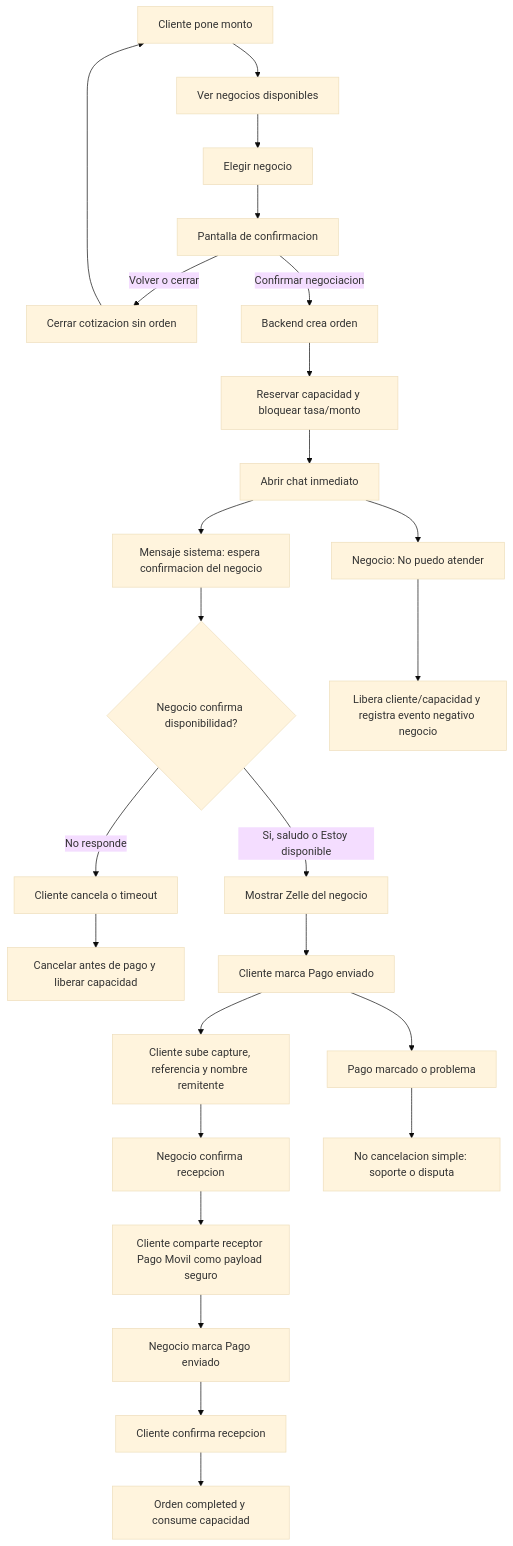
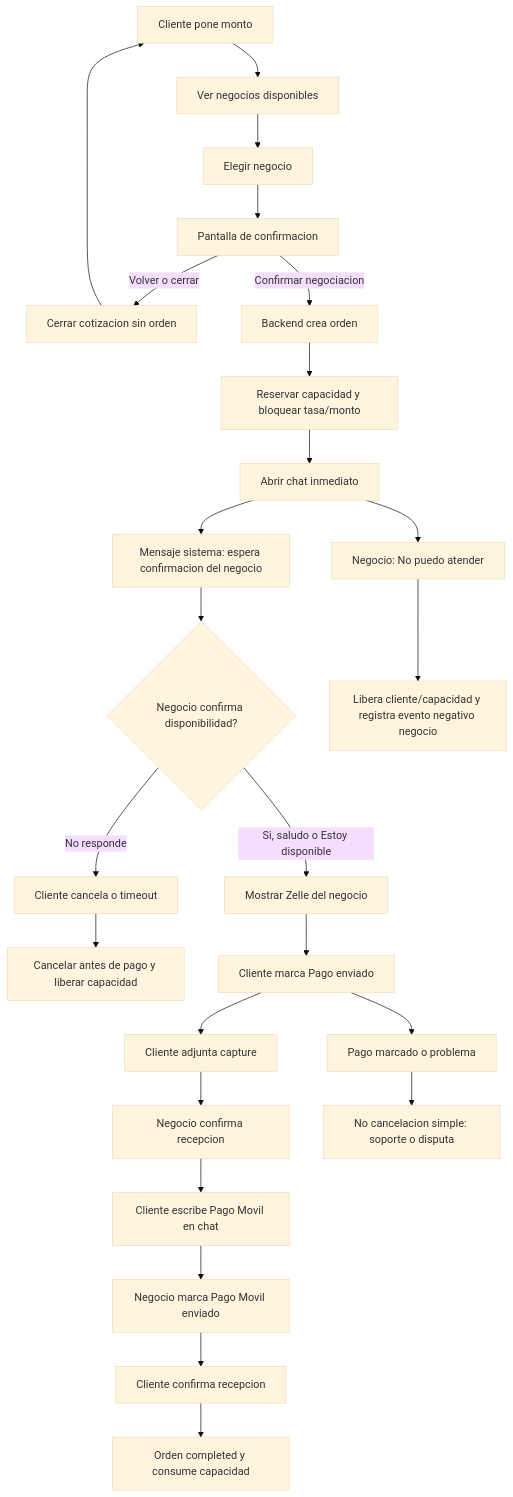
Before and after one commit to Goldempire-coder/NODO: the diagram in control_plane/09_SLICES/slice_50A_simplified_p2p_negotiation_flow/OWNER_FLOW_REFERENCE.md, drawn with Mermaid (base theme). The commit also changed other lines of this file and 26 other files, not shown here.

Commit message:
fix: simplify p2p chat payment flow

````diff
--- a/control_plane/09_SLICES/slice_50A_simplified_p2p_negotiation_flow/OWNER_FLOW_REFERENCE.md
+++ b/control_plane/09_SLICES/slice_50A_simplified_p2p_negotiation_flow/OWNER_FLOW_REFERENCE.md
@@ -18,35 +18,35 @@
 ```mermaid
 flowchart TD
   A[Cliente pone monto] --> B[Ver negocios disponibles]
   B --> C[Elegir negocio]
   C --> D[Pantalla de confirmacion]
 
   D -->|Volver o cerrar| X[Cerrar cotizacion sin orden]
   X --> A
 
   D -->|Confirmar negociacion| E[Backend crea orden]
   E --> F[Reservar capacidad y bloquear tasa/monto]
   F --> G[Abrir chat inmediato]
 
   G --> H[Mensaje sistema: espera confirmacion del negocio]
   H --> I{Negocio confirma disponibilidad?}
 
   I -->|Si, saludo o Estoy disponible| J[Mostrar Zelle del negocio]
   I -->|No responde| K[Cliente cancela o timeout]
   K --> L[Cancelar antes de pago y liberar capacidad]
 
   J --> M[Cliente marca Pago enviado]
-  M --> N[Cliente sube capture, referencia y nombre remitente]
+  M --> N[Cliente adjunta capture]
 
   N --> O[Negocio confirma recepcion]
-  O --> P[Cliente comparte receptor Pago Movil como payload seguro]
-  P --> Q[Negocio marca Pago enviado]
+  O --> P[Cliente escribe Pago Movil en chat]
+  P --> Q[Negocio marca Pago Movil enviado]
   Q --> R[Cliente confirma recepcion]
   R --> S[Orden completed y consume capacidad]
 
   M --> T[Pago marcado o problema]
   T --> U[No cancelacion simple: soporte o disputa]
 
   G --> V[Negocio: No puedo atender]
   V --> W[Libera cliente/capacidad y registra evento negativo negocio]
 ```
````
